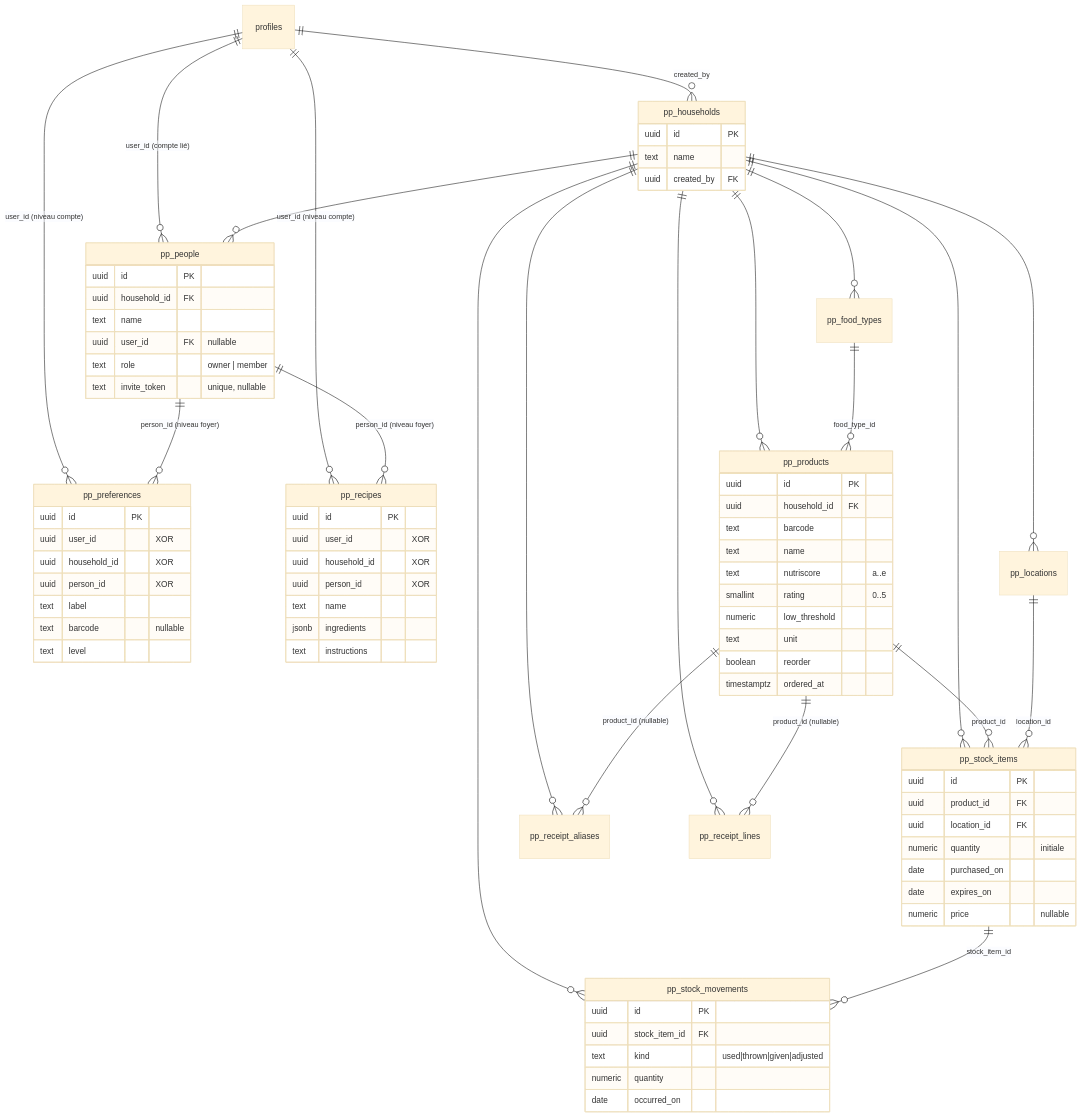
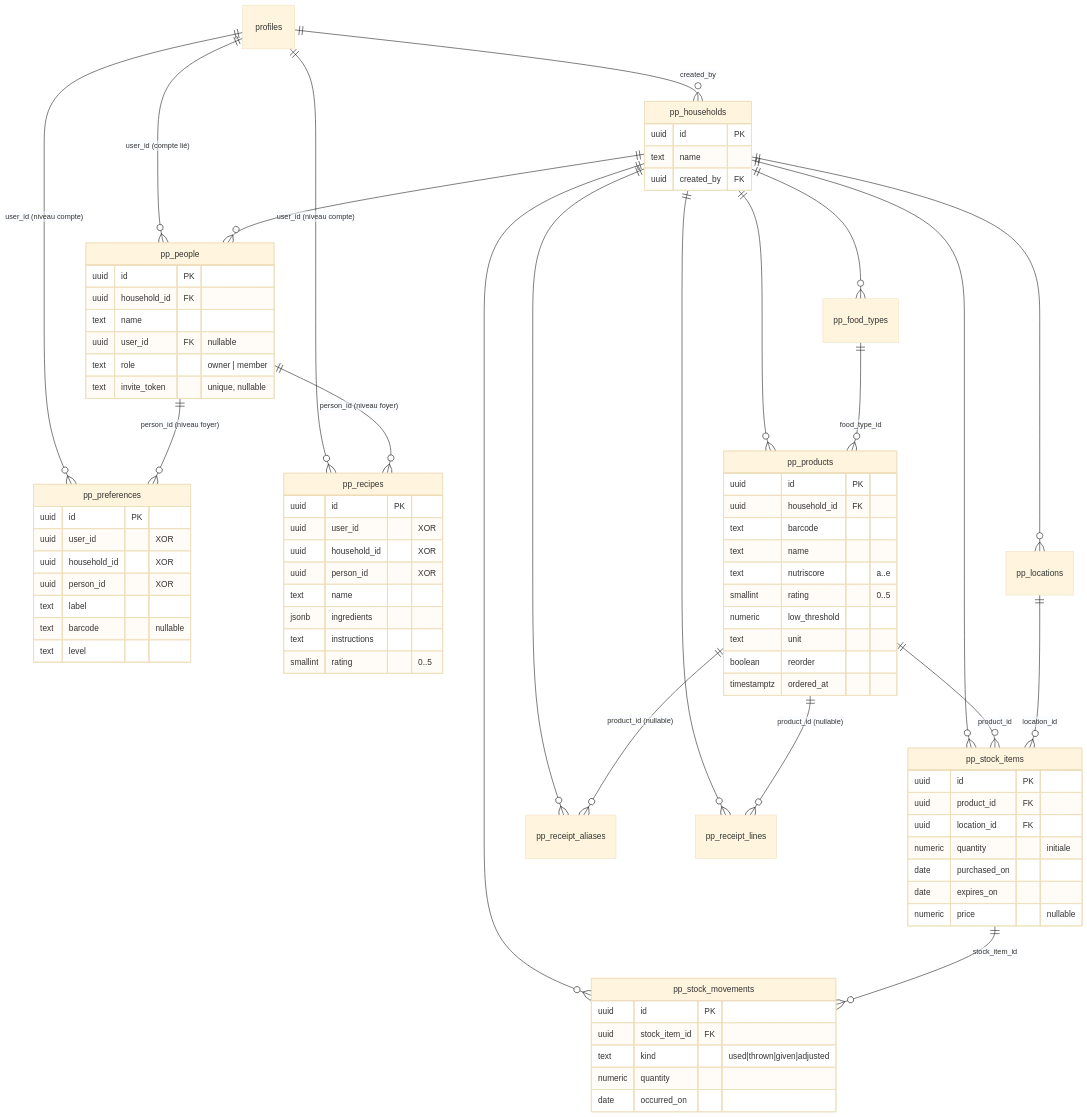
Before and after one commit to Jabbalh/PopotteEtPlacard: the diagram in docs/base-de-donnees.md, drawn with Mermaid (base theme). The commit also changed other lines of this file and 13 other files, not shown here.

````diff
--- a/docs/base-de-donnees.md
+++ b/docs/base-de-donnees.md
@@ -136,5 +137,6 @@
         text name
         jsonb ingredients
         text instructions
+        smallint rating "0..5"
     }
 ```
````
